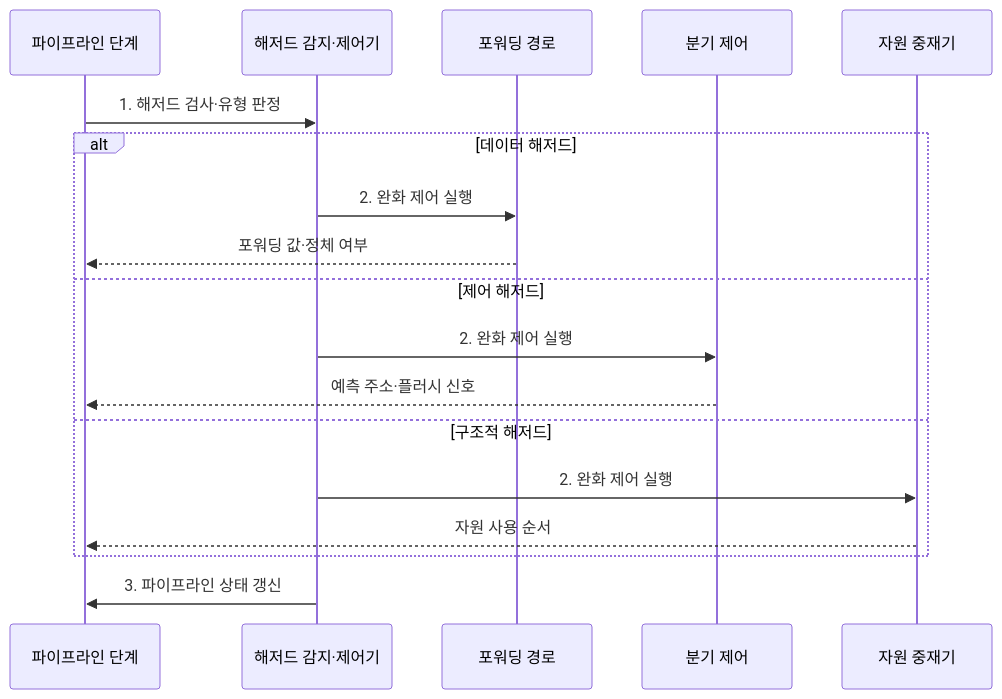
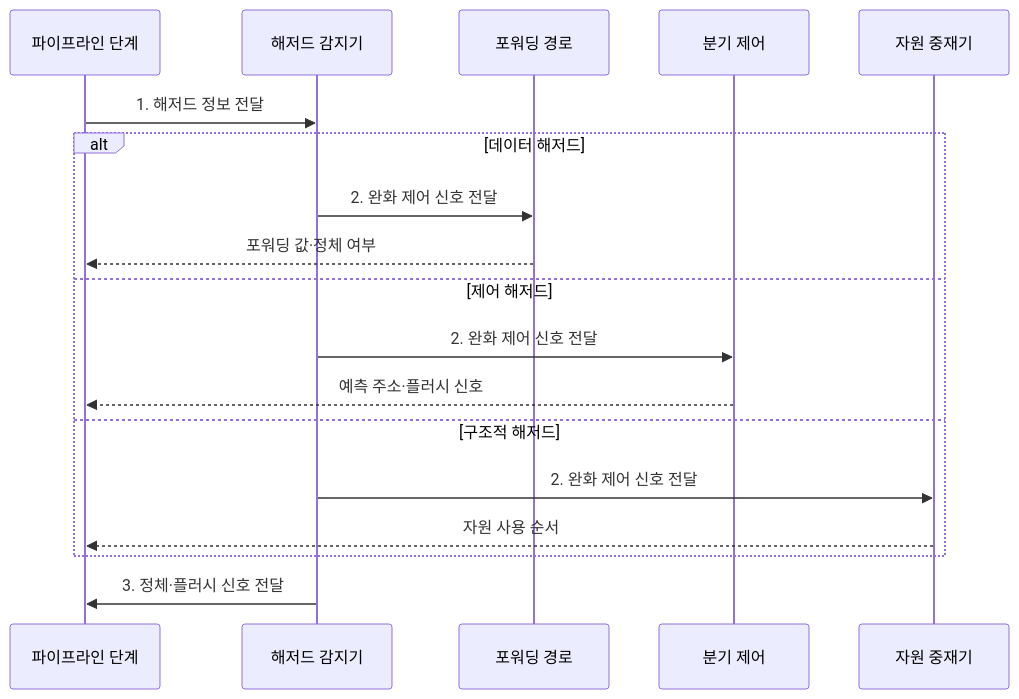
One commit to agnusdei1207/knowledge-base changed the second of 2 diagrams in src/content/docs/notes/02-hardware/007_pipeline_hazards.md. Above: the diagram before and after it, drawn with Mermaid. The commit also changed other lines of this file and 20 other files, not shown here.

````diff
--- a/src/content/docs/notes/02-hardware/007_pipeline_hazards.md
+++ b/src/content/docs/notes/02-hardware/007_pipeline_hazards.md
@@ -88,20 +86,20 @@
 ```mermaid
 sequenceDiagram
     participant P as 파이프라인 단계
-    participant C as 해저드 감지·제어기
+    participant H as 해저드 감지기
     participant F as 포워딩 경로
     participant B as 분기 제어
     participant R as 자원 중재기
-    P->>C: 1. 해저드 검사·유형 판정
+    P->>H: 1. 해저드 정보 전달
     alt 데이터 해저드
-        C->>F: 2. 완화 제어 실행
+        H->>F: 2. 완화 제어 신호 전달
         F-->>P: 포워딩 값·정체 여부
     else 제어 해저드
-        C->>B: 2. 완화 제어 실행
+        H->>B: 2. 완화 제어 신호 전달
         B-->>P: 예측 주소·플러시 신호
     else 구조적 해저드
-        C->>R: 2. 완화 제어 실행
+        H->>R: 2. 완화 제어 신호 전달
         R-->>P: 자원 사용 순서
     end
-    C->>P: 3. 파이프라인 상태 갱신
+    H->>P: 3. 정체·플러시 신호 전달
 ```
````
